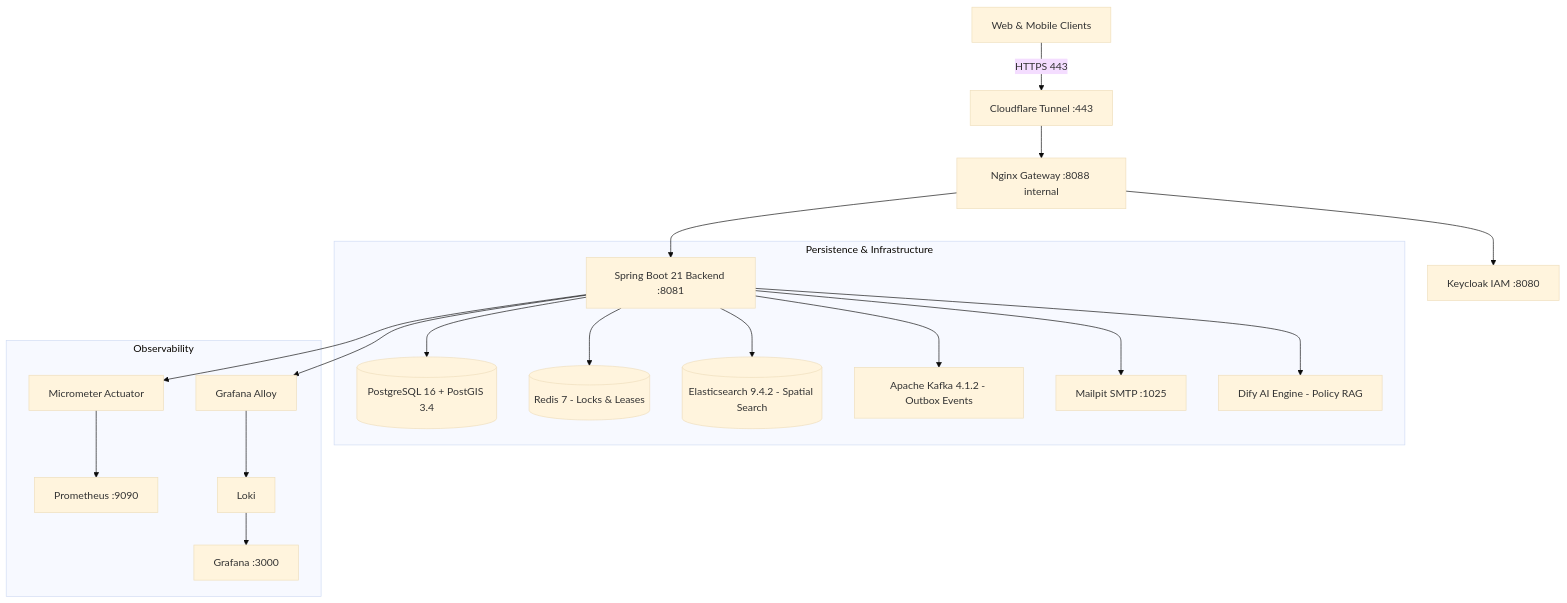
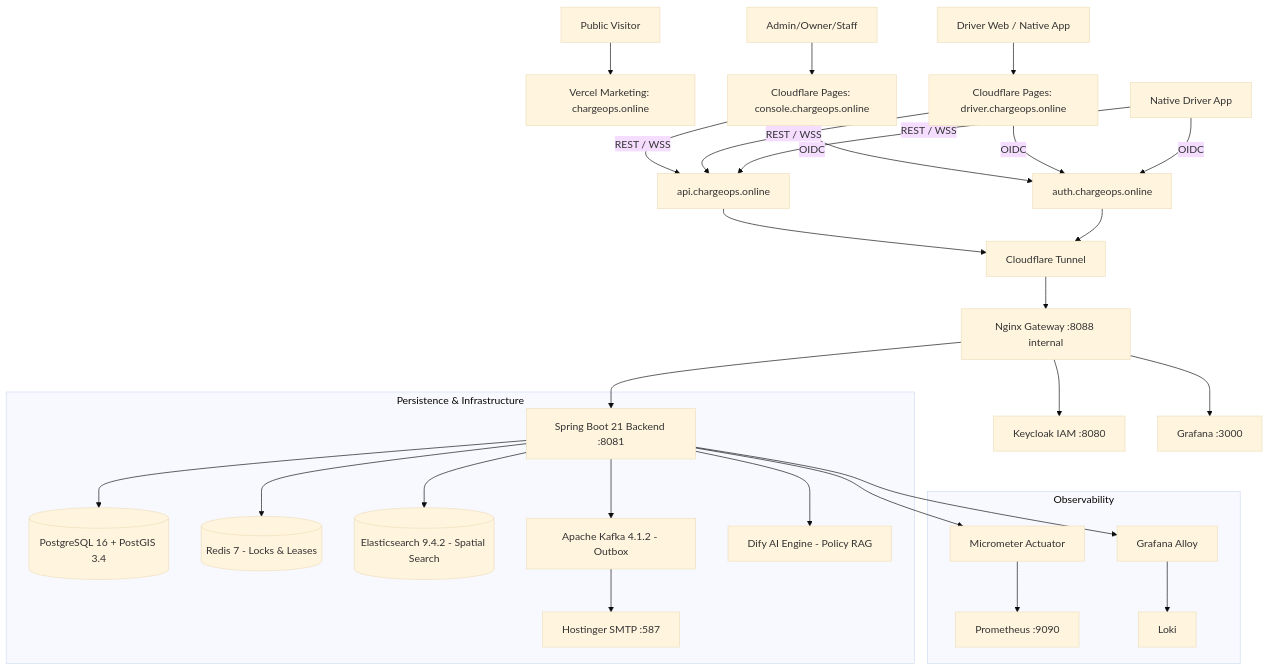
Before and after one commit to phamthang44/chargeops-backend: the diagram in README.md, drawn with Mermaid (base theme). The commit also changed other lines of this file and 18 other files, not shown here.

````diff
--- a/README.md
+++ b/README.md
@@ -33,22 +36,33 @@
 ```mermaid
 graph TD
-    Client[Web & Mobile Clients] -->|HTTPS 443| Tunnel[Cloudflare Tunnel :443]
+    Visitor[Public Visitor] --> Marketing[Vercel Marketing: chargeops.online]
+    Operator[Admin/Owner/Staff] --> Console[Cloudflare Pages: console.chargeops.online]
+    Driver[Driver Web / Native App] --> DriverWeb[Cloudflare Pages: driver.chargeops.online]
+    Console -->|REST / WSS| ApiHost[api.chargeops.online]
+    Console -->|OIDC| AuthHost[auth.chargeops.online]
+    DriverWeb -->|REST / WSS| ApiHost
+    DriverWeb -->|OIDC| AuthHost
+    Native[Native Driver App] -->|REST / WSS| ApiHost
+    Native -->|OIDC| AuthHost
+    ApiHost --> Tunnel[Cloudflare Tunnel]
+    AuthHost --> Tunnel
     Tunnel --> Gateway[Nginx Gateway :8088 internal]
     Gateway --> API[Spring Boot 21 Backend :8081]
     Gateway --> Keycloak[Keycloak IAM :8080]
+    Gateway --> Grafana[Grafana :3000]
 
     subgraph Persistence & Infrastructure
         API --> PostGIS[(PostgreSQL 16 + PostGIS 3.4)]
         API --> Redis[(Redis 7 - Locks & Leases)]
         API --> ES[(Elasticsearch 9.4.2 - Spatial Search)]
-        API --> Kafka[Apache Kafka 4.1.2 - Outbox Events]
-        API --> Mail[Mailpit SMTP :1025]
+        API --> Kafka[Apache Kafka 4.1.2 - Outbox]
+        Kafka --> Mail[Hostinger SMTP :587]
         API --> Dify[Dify AI Engine - Policy RAG]
     end
 
     subgraph Observability
         API --> Actuator[Micrometer Actuator]
         Actuator --> Prometheus[Prometheus :9090]
-        API --> Alloy[Grafana Alloy] --> Loki[Loki] --> Grafana[Grafana :3000]
+        API --> Alloy[Grafana Alloy] --> Loki[Loki]
     end
 ```
````
